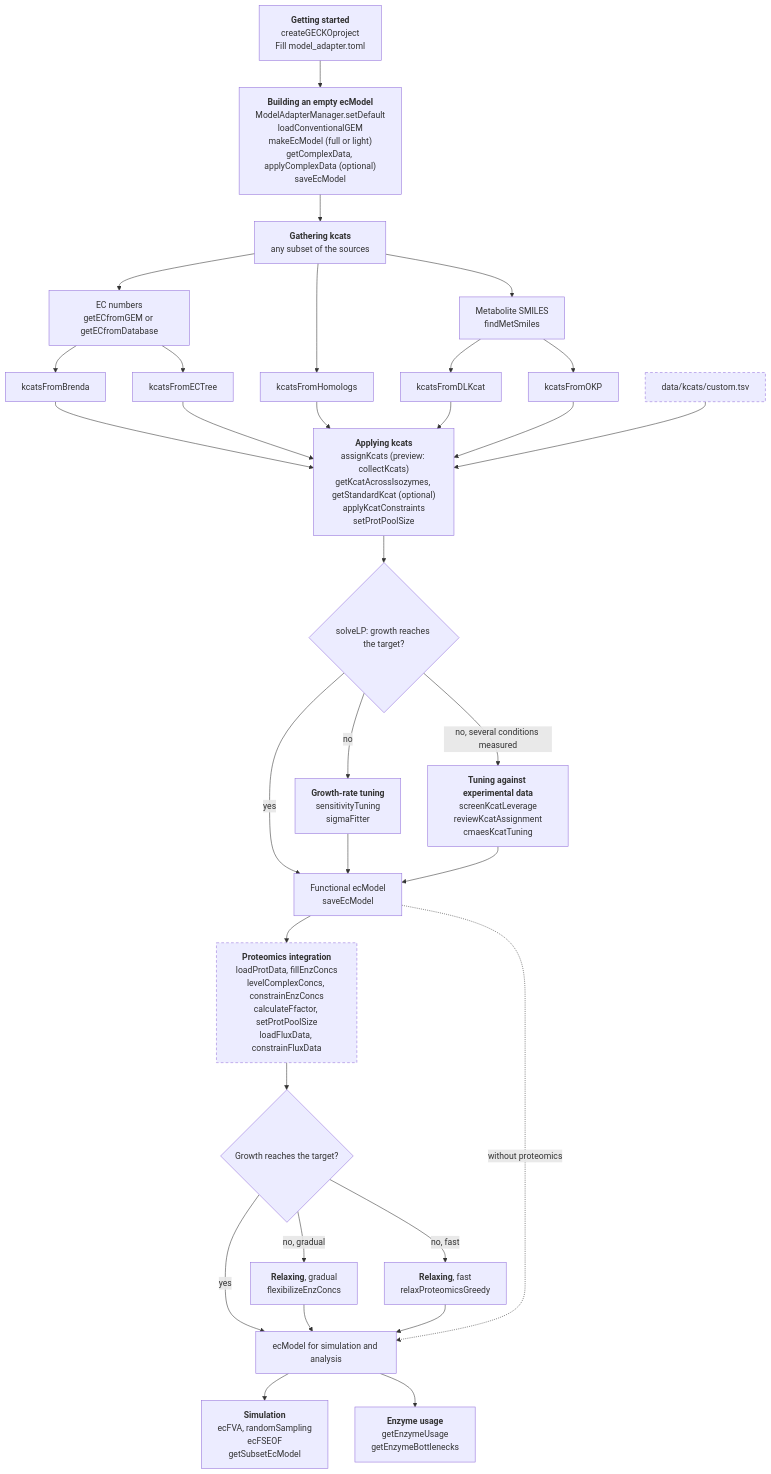
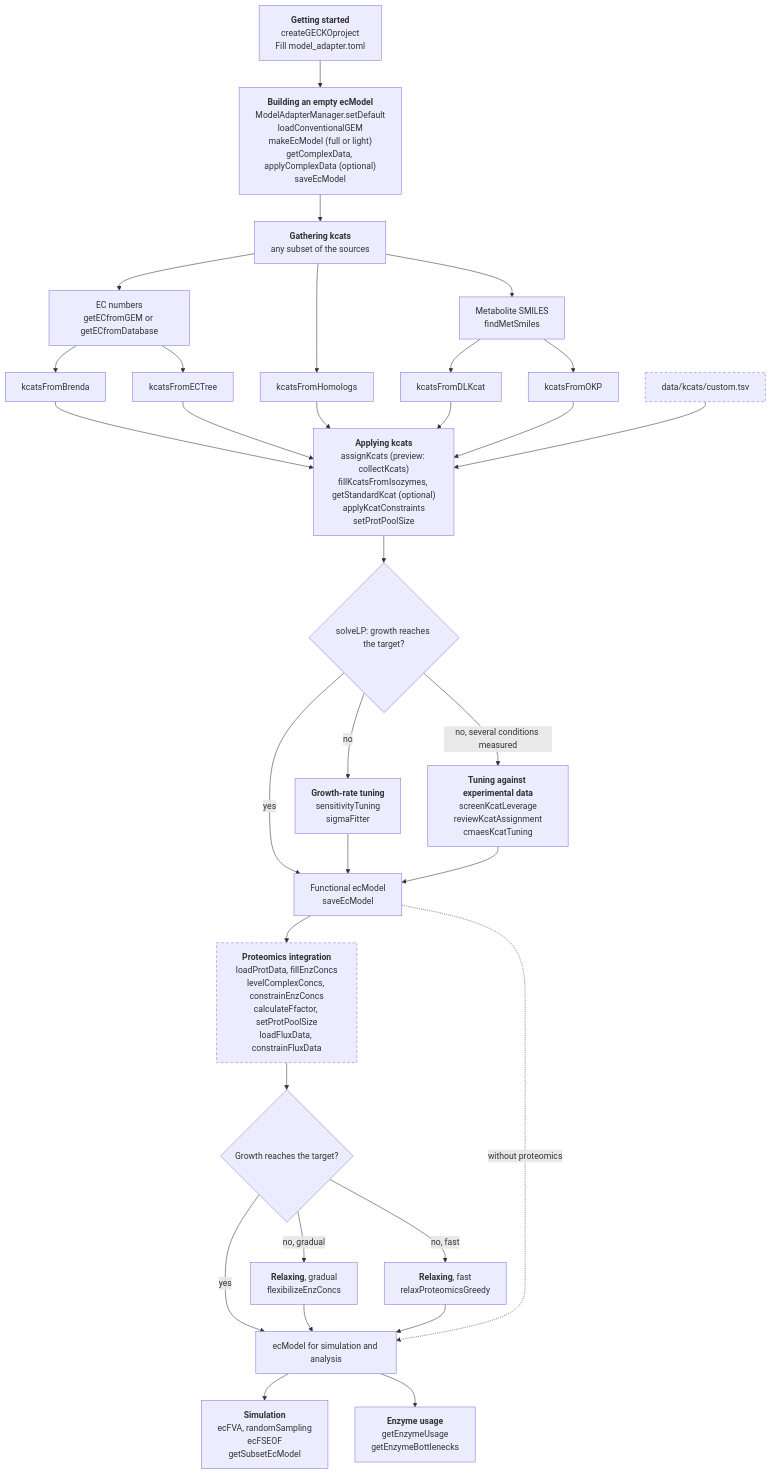
Before and after one commit to CompMetEng/gecko-docs: the first of 2 diagrams in docs/guide/workflow.md, drawn with Mermaid. The commit also changed other lines of this file and 6 other files, not shown here.

Commit message:
doc: name the current functions in place of the deprecated ones of isozyme filling, pool size and OKP input

````diff
--- a/docs/guide/workflow.md
+++ b/docs/guide/workflow.md
@@ -16,60 +16,60 @@
 ```{mermaid}
 :config: {"flowchart": {"useMaxWidth": false}}
 
 flowchart TB
   classDef opt stroke-dasharray: 5 4
   A["<b>Getting started</b><br/>createGECKOproject<br/>Fill model_adapter.toml"]
   B["<b>Building an empty ecModel</b><br/>ModelAdapterManager.setDefault<br/>loadConventionalGEM<br/>makeEcModel (full or light)<br/>getComplexData, applyComplexData (optional)<br/>saveEcModel"]
   A --> B
   EC["EC numbers<br/>getECfromGEM or getECfromDatabase"]
   SM["Metabolite SMILES<br/>findMetSmiles"]
   HO["kcatsFromHomologs"]
   BR["kcatsFromBrenda"]
   TR["kcatsFromECTree"]
   DL["kcatsFromDLKcat"]
   OK["kcatsFromOKP"]
   CU["data/kcats/custom.tsv"]:::opt
   GA["<b>Gathering kcats</b><br/>any subset of the sources"]
   B --> GA
   GA --> EC
   GA --> SM
   GA --> HO
   EC --> BR
   EC --> TR
   SM --> DL
   SM --> OK
-  AS["<b>Applying kcats</b><br/>assignKcats (preview: collectKcats)<br/>getKcatAcrossIsozymes, getStandardKcat (optional)<br/>applyKcatConstraints<br/>setProtPoolSize"]
+  AS["<b>Applying kcats</b><br/>assignKcats (preview: collectKcats)<br/>fillKcatsFromIsozymes, getStandardKcat (optional)<br/>applyKcatConstraints<br/>setProtPoolSize"]
   BR --> AS
   TR --> AS
   HO --> AS
   DL --> AS
   OK --> AS
   CU --> AS
   TU{"solveLP: growth reaches the target?"}
   AS --> TU
   SE["<b>Growth-rate tuning</b><br/>sensitivityTuning<br/>sigmaFitter"]
   CM["<b>Tuning against experimental data</b><br/>screenKcatLeverage<br/>reviewKcatAssignment<br/>cmaesKcatTuning"]
   TU -->|no| SE
   TU -->|no, several conditions measured| CM
   FM["Functional ecModel<br/>saveEcModel"]
   TU -->|yes| FM
   SE --> FM
   CM --> FM
   PR["<b>Proteomics integration</b><br/>loadProtData, fillEnzConcs<br/>levelComplexConcs, constrainEnzConcs<br/>calculateFfactor, setProtPoolSize<br/>loadFluxData, constrainFluxData"]:::opt
   FM --> PR
   RL{"Growth reaches the target?"}
   PR --> RL
   FX["<b>Relaxing</b>, gradual<br/>flexibilizeEnzConcs"]
   GR["<b>Relaxing</b>, fast<br/>relaxProteomicsGreedy"]
   RL -->|no, gradual| FX
   RL -->|no, fast| GR
   RD["ecModel for simulation and analysis"]
   RL -->|yes| RD
   FX --> RD
   GR --> RD
   FM -.->|without proteomics| RD
   I1["<b>Simulation</b><br/>ecFVA, randomSampling<br/>ecFSEOF<br/>getSubsetEcModel"]
   I2["<b>Enzyme usage</b><br/>getEnzymeUsage<br/>getEnzymeBottlenecks"]
   RD --> I1
   RD --> I2
 ```
````
